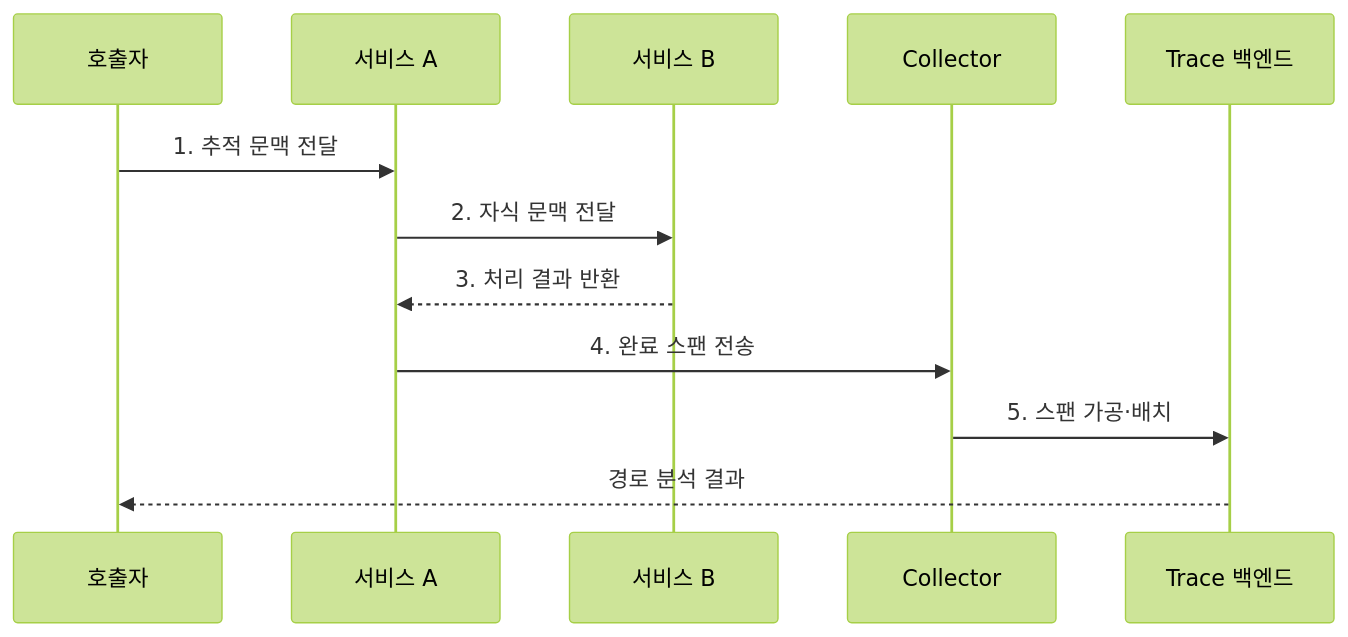
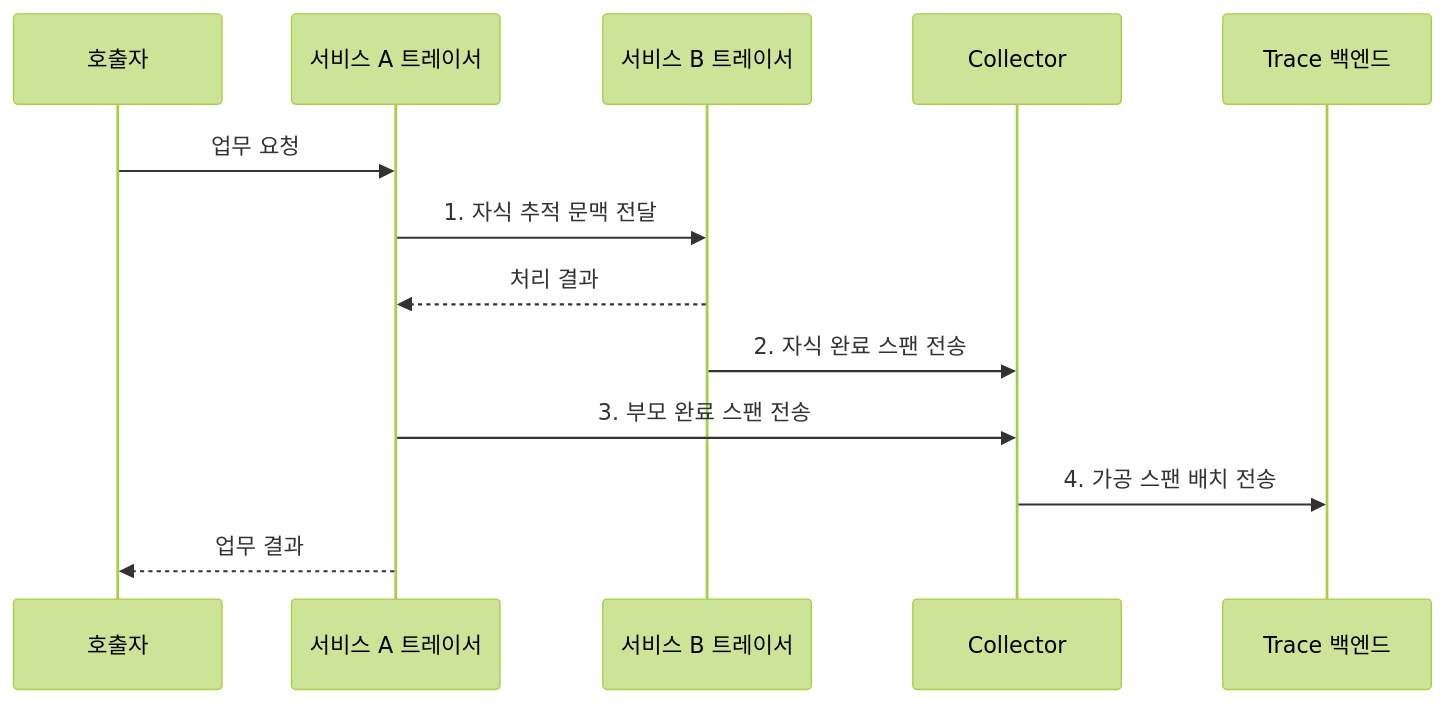
Before and after one commit to agnusdei1207/knowledge-base: the second of 2 diagrams in src/content/docs/notes/03-software/163_distributed_tracing.md, drawn with Mermaid (forest theme). The commit also changed other lines of this file and 20 other files, not shown here.

````diff
--- a/src/content/docs/notes/03-software/163_distributed_tracing.md
+++ b/src/content/docs/notes/03-software/163_distributed_tracing.md
@@ -85,14 +83,15 @@
 ```mermaid
 sequenceDiagram
     participant C as 호출자
-    participant A as 서비스 A
-    participant B as 서비스 B
+    participant A as 서비스 A 트레이서
+    participant B as 서비스 B 트레이서
     participant K as Collector
     participant T as Trace 백엔드
-    C->>A: 1. 추적 문맥 전달
-    A->>B: 2. 자식 문맥 전달
-    B-->>A: 3. 처리 결과 반환
-    A->>K: 4. 완료 스팬 전송
-    K->>T: 5. 스팬 가공·배치
-    T-->>C: 경로 분석 결과
+    C->>A: 업무 요청
+    A->>B: 1. 자식 추적 문맥 전달
+    B-->>A: 처리 결과
+    B->>K: 2. 자식 완료 스팬 전송
+    A->>K: 3. 부모 완료 스팬 전송
+    K->>T: 4. 가공 스팬 배치 전송
+    A-->>C: 업무 결과
 ```
````
